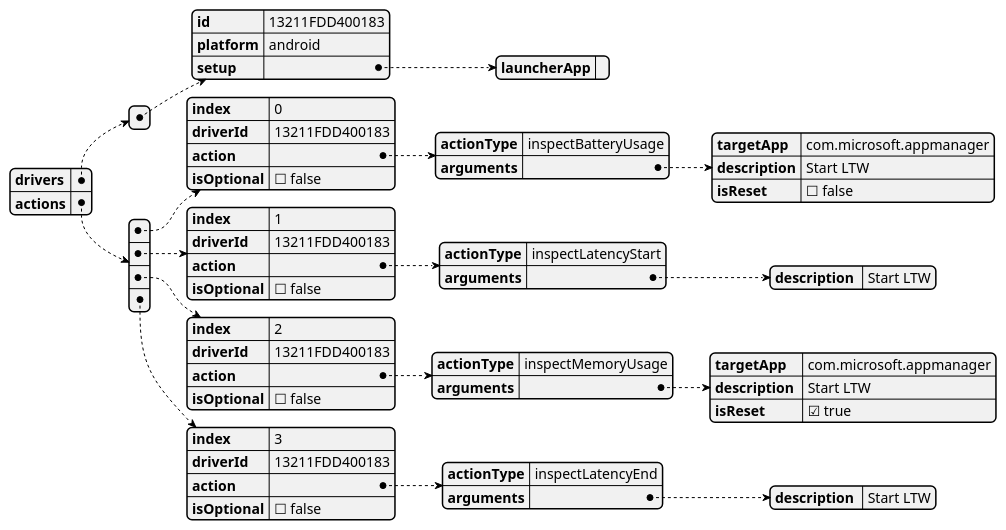
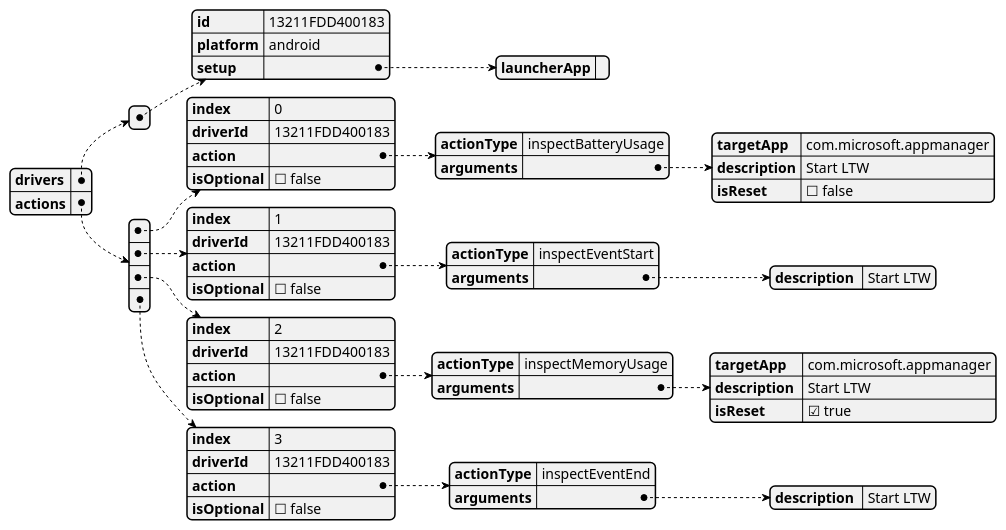
One commit to microsoft/HydraLab changed the second of 5 diagrams in agent/doc/UML/performance_test_design.puml. Above: the diagram before and after it, drawn with PlantUML. The commit also changed other lines of this file and 10 other files, not shown here.

```diff
--- a/agent/doc/UML/performance_test_design.puml
+++ b/agent/doc/UML/performance_test_design.puml
@@ -19,66 +19,66 @@
 @startjson taps_to_cases_json_with_performance_test_actions
 {
   "drivers": [
     {
       "id": "13211FDD400183",
       "platform": "android",
 '      Deprecated Name : init
       "setup": {
         "launcherApp": ""
       }
 '      Can also add tearDown here to match the device action design
     }
   ],
 '  deprecated name: cases
   "actions": [
     {
       "index": 0,
       "driverId": "13211FDD400183",
       "action": {
         "actionType": "inspectBatteryUsage",
         "arguments": {
           "targetApp": "com.microsoft.appmanager",
           "description": "Start LTW",
           "isReset": false
         }
       },
       "isOptional": false
     },
     {
       "index": 1,
       "driverId": "13211FDD400183",
       "action": {
-        "actionType": "inspectLatencyStart",
+        "actionType": "inspectEventStart",
         "arguments": {
           "description ": "Start LTW"
         }
       },
       "isOptional": false
     },
     {
       "index": 2,
       "driverId": "13211FDD400183",
       "action": {
         "actionType": "inspectMemoryUsage",
         "arguments": {
           "targetApp ": "com.microsoft.appmanager",
           "description ": "Start LTW",
           "isReset": true
         }
       },
       "isOptional": false
     },
     {
       "index": 3,
       "driverId": "13211FDD400183",
       "action": {
-        "actionType": "inspectLatencyEnd",
+        "actionType": "inspectEventEnd",
         "arguments": {
           "description ": "Start LTW"
         }
       },
       "isOptional": false
     }
   ]
 }
 @endjson
```
